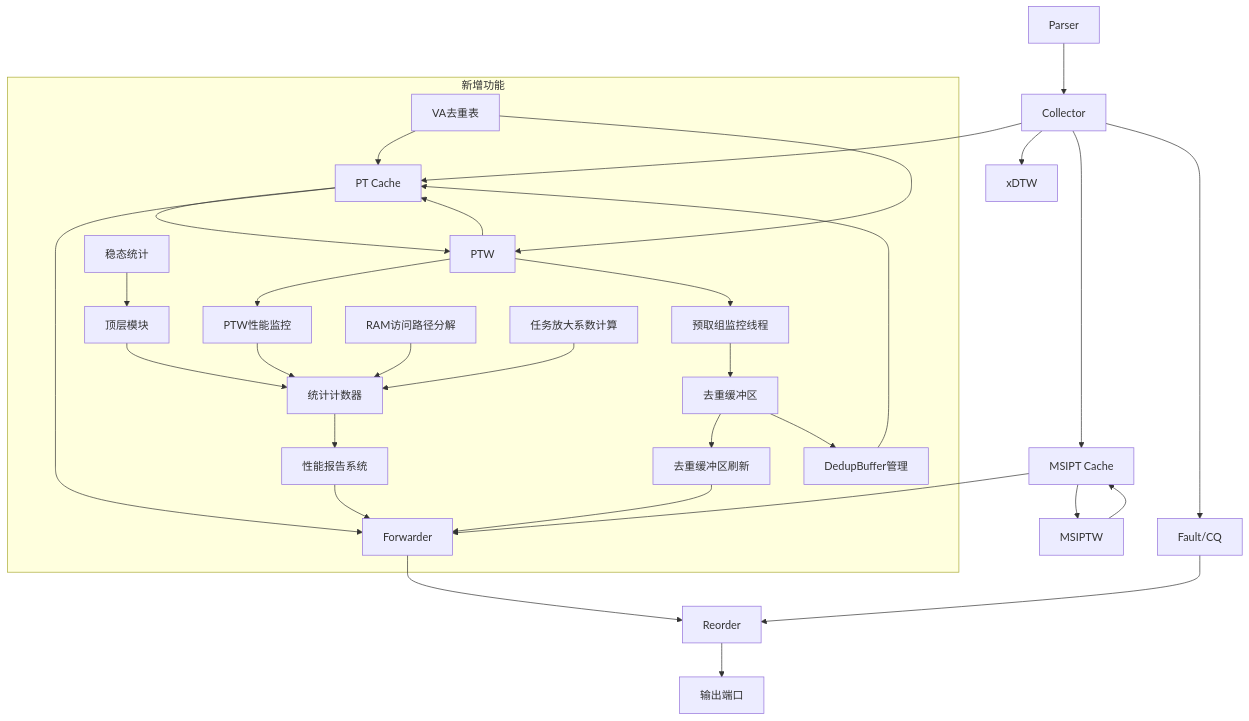
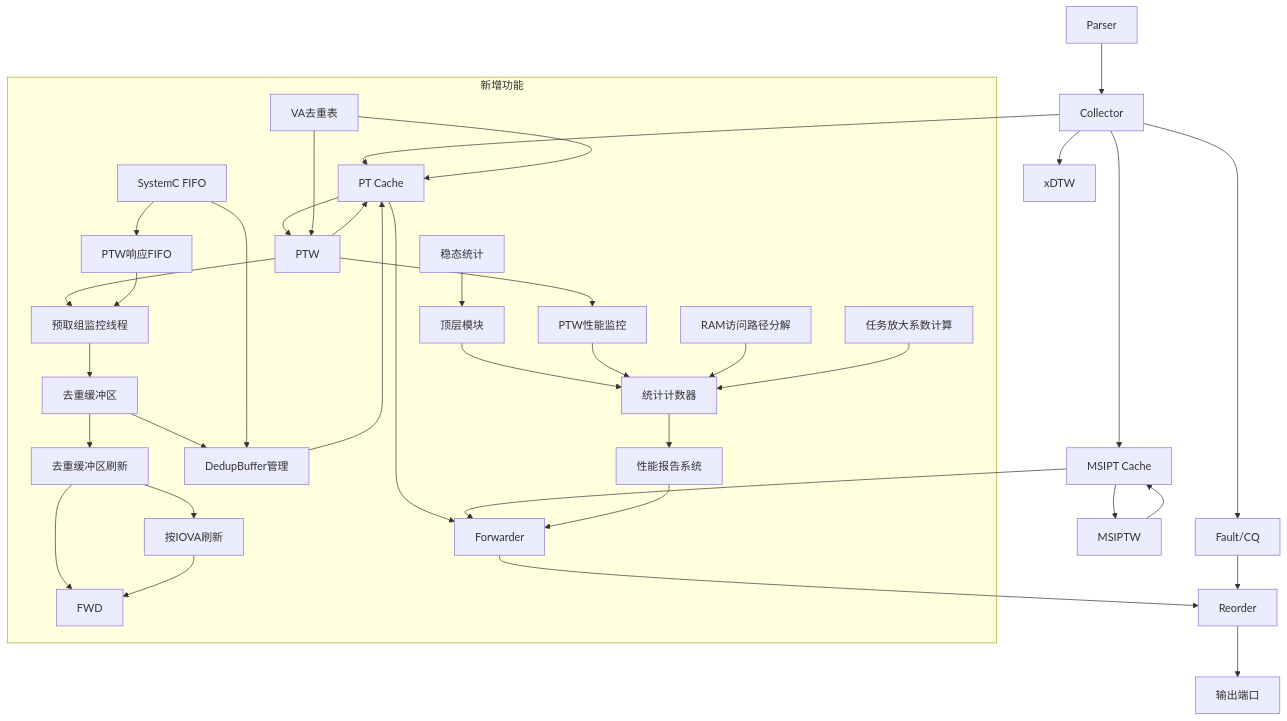
One commit to jiangjiang1122/iommu_model_20260401_v1 changed diagram 18 of 19 in .qoder/repowiki/zh/content/性能模型实现/性能模型实现.md. Above: the diagram before and after it, drawn with Mermaid. The commit also changed other lines of this file and 6 other files, not shown here.

````diff
--- a/.qoder/repowiki/zh/content/性能模型实现/性能模型实现.md
+++ b/.qoder/repowiki/zh/content/性能模型实现/性能模型实现.md
@@ -695,35 +747,40 @@
 ```mermaid
 graph TB
 P["Parser"] --> C["Collector"]
 C --> X["xDTW"]
 C --> PT["PT Cache"]
 PT --> PW["PTW"]
 PW --> PT
 C --> MSI["MSIPT Cache"]
 MSI --> MSIW["MSIPTW"]
 MSIW --> MSI
 PT --> F["Forwarder"]
 MSI --> F
 F --> R["Reorder"]
 C --> FA["Fault/CQ"]
 FA --> R
 R --> OUT["输出端口"]
 subgraph "新增功能"
 VD["VA去重表"] --> PT
 VD --> PW
 SS["稳态统计"] --> TOP["顶层模块"]
 TOP --> ST["统计计数器"]
 PW --> STATS["PTW性能监控"]
 STATS --> ST
 PW --> MON["预取组监控线程"]
 MON --> DEDUP["去重缓冲区"]
 DEDUP --> FLUSH["去重缓冲区刷新"]
-FLUSH --> F
+FLUSH --> FWD
+FLUSH --> FLUSH_IOVA["按IOVA刷新"]
+FLUSH_IOVA --> FWD
 DEDUP --> BUF["DedupBuffer管理"]
 BUF --> PT
+RESP["PTW响应FIFO"] --> MON
 RAM["RAM访问路径分解"] --> ST
 AMP["任务放大系数计算"] --> ST
 ST --> REPORT["性能报告系统"]
 REPORT --> F
+FIFO["SystemC FIFO"] --> RESP
+FIFO --> BUF
 end
 ```
````
